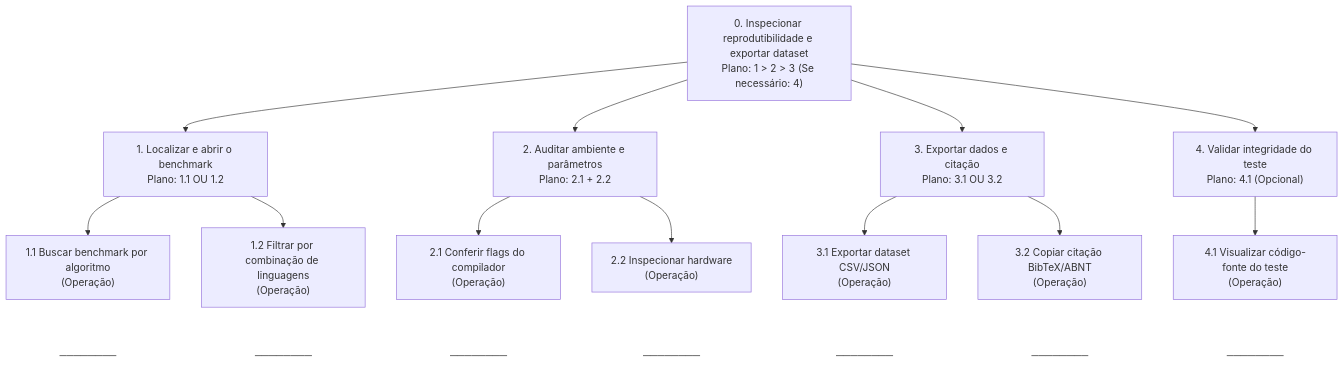
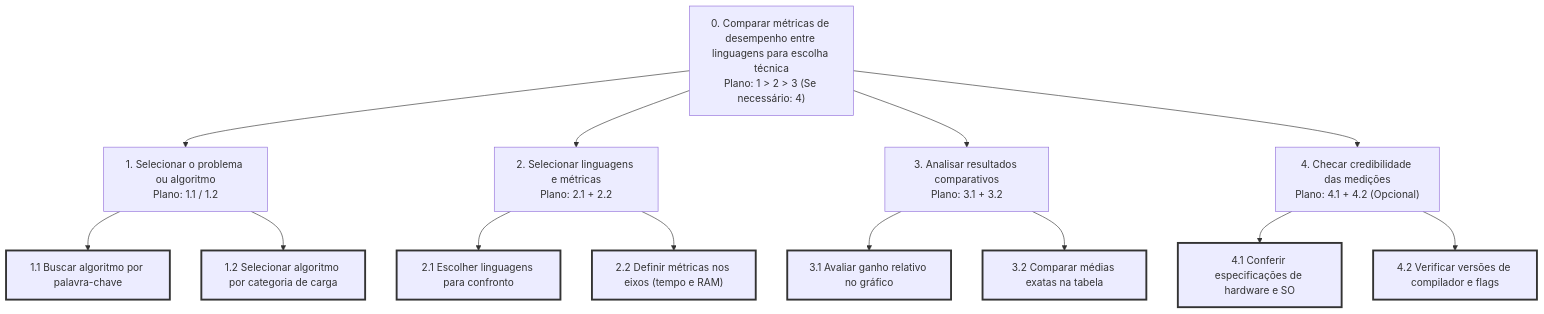
The first of 4 diagrams in docs/05_analise_tarefas.md (augustotx/ihc2026), drawn with Mermaid before and after one commit. The commit also changed other lines of this file, not shown here.

````diff
--- a/docs/05_analise_tarefas.md
+++ b/docs/05_analise_tarefas.md
@@ -52,53 +50,34 @@
 ```mermaid
 graph TD
-    N0["0. Inspecionar reprodutibilidade e exportar dataset<br />Plano: 1 > 2 > 3 (Se necessário: 4)"]
-    N1["1. Localizar e abrir o benchmark<br />Plano: 1.1 OU 1.2"]
-    N2["2. Auditar ambiente e parâmetros<br />Plano: 2.1 + 2.2"]
-    N3["3. Exportar dados e citação<br />Plano: 3.1 OU 3.2"]
-    N4["4. Validar integridade do teste<br />Plano: 4.1 (Opcional)"]
+    N0["0. Comparar métricas de desempenho entre linguagens para escolha técnica<br />Plano: 1 > 2 > 3 (Se necessário: 4)"]
+    N1["1. Selecionar o problema ou algoritmo<br />Plano: 1.1 / 1.2"]
+    N2["2. Selecionar linguagens e métricas<br />Plano: 2.1 + 2.2"]
+    N3["3. Analisar resultados comparativos<br />Plano: 3.1 + 3.2"]
+    N4["4. Checar credibilidade das medições<br />Plano: 4.1 + 4.2 (Opcional)"]
 
-    N1_1["<div>1.1 Buscar benchmark por algoritmo<br />(Operação)</div>"]
-    N1_2["<div>1.2 Filtrar por combinação de linguagens<br />(Operação)</div>"]
-    N2_1["<div>2.1 Conferir flags do compilador<br />(Operação)</div>"]
-    N2_2["<div>2.2 Inspecionar hardware<br />(Operação)</div>"]
-    N3_1["<div>3.1 Exportar dataset CSV/JSON<br />(Operação)</div>"]
-    N3_2["<div>3.2 Copiar citação BibTeX/ABNT<br />(Operação)</div>"]
-    N4_1["<div>4.1 Visualizar código-fonte do teste<br />(Operação)</div>"]
-
-    N1_1_L["────────"]
-    N1_2_L["────────"]
-    N2_1_L["────────"]
-    N2_2_L["────────"]
-    N3_1_L["────────"]
-    N3_2_L["────────"]
-    N4_1_L["────────"]
+    N1_1["1.1 Buscar algoritmo por palavra-chave"]
+    N1_2["1.2 Selecionar algoritmo por categoria de carga"]
+    N2_1["2.1 Escolher linguagens para confronto"]
+    N2_2["2.2 Definir métricas nos eixos (tempo e RAM)"]
+    N3_1["3.1 Avaliar ganho relativo no gráfico"]
+    N3_2["3.2 Comparar médias exatas na tabela"]
+    N4_1["4.1 Conferir especificações de hardware e SO"]
+    N4_2["4.2 Verificar versões de compilador e flags"]
 
     N0 --> N1
     N0 --> N2
     N0 --> N3
     N0 --> N4
 
     N1 --> N1_1
     N1 --> N1_2
     N2 --> N2_1
     N2 --> N2_2
     N3 --> N3_1
     N3 --> N3_2
     N4 --> N4_1
+    N4 --> N4_2
 
-    N1_1 ~~~ N1_1_L
-    N1_2 ~~~ N1_2_L
-    N2_1 ~~~ N2_1_L
-    N2_2 ~~~ N2_2_L
-    N3_1 ~~~ N3_1_L
-    N3_2 ~~~ N3_2_L
-    N4_1 ~~~ N4_1_L
-
-    style N1_1_L fill:none,stroke:none,color:#333
-    style N1_2_L fill:none,stroke:none,color:#333
-    style N2_1_L fill:none,stroke:none,color:#333
-    style N2_2_L fill:none,stroke:none,color:#333
-    style N3_1_L fill:none,stroke:none,color:#333
-    style N3_2_L fill:none,stroke:none,color:#333
-    style N4_1_L fill:none,stroke:none,color:#333
+    classDef terminal stroke-width:3px,stroke:#333;
+    class N1_1,N1_2,N2_1,N2_2,N3_1,N3_2,N4_1,N4_2 terminal;
 ```
````
